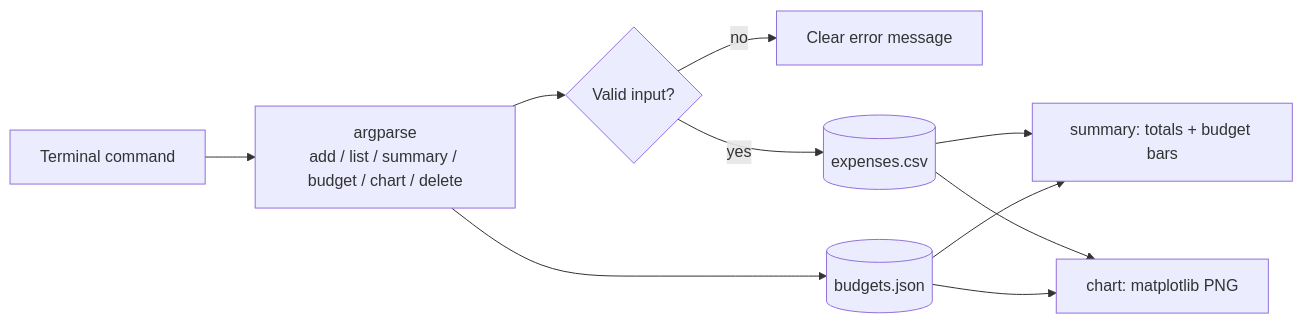
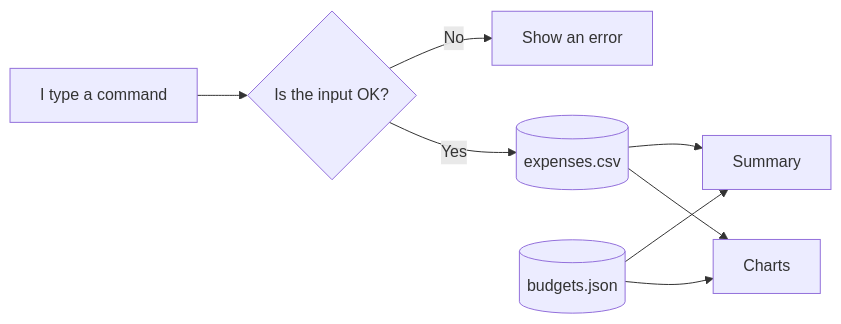
Before and after one commit to ashah374/expense-tracker: the diagram in README.md, drawn with Mermaid. The commit also changed other lines of this file, not shown here.

````diff
--- a/README.md
+++ b/README.md
@@ -26,12 +34,10 @@
 ```mermaid
 flowchart LR
-    U[Terminal command] --> P[argparse<br/>add / list / summary / budget / chart / delete]
-    P --> V{Valid input?}
-    V -->|no| E[Clear error message]
-    V -->|yes| D[(expenses.csv)]
-    P --> B[(budgets.json)]
-    D --> S[summary: totals + budget bars]
-    B --> S
-    D --> C[chart: matplotlib PNG]
-    B --> C
+    A[I type a command] --> B{Is the input OK?}
+    B -->|No| C[Show an error]
+    B -->|Yes| D[(expenses.csv)]
+    E[(budgets.json)] --> F[Summary]
+    D --> F
+    D --> G[Charts]
+    E --> G
 ```
````
